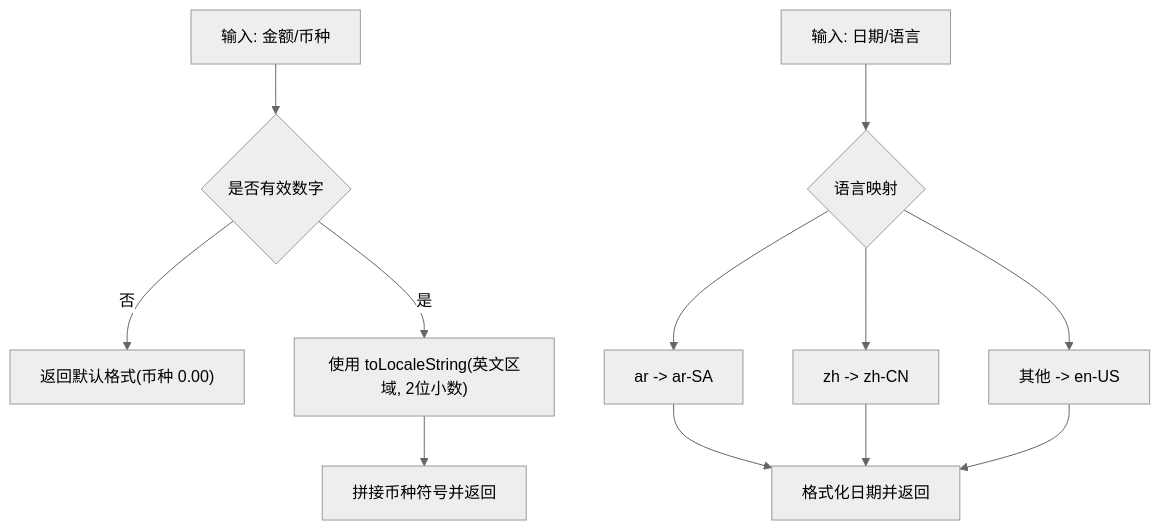
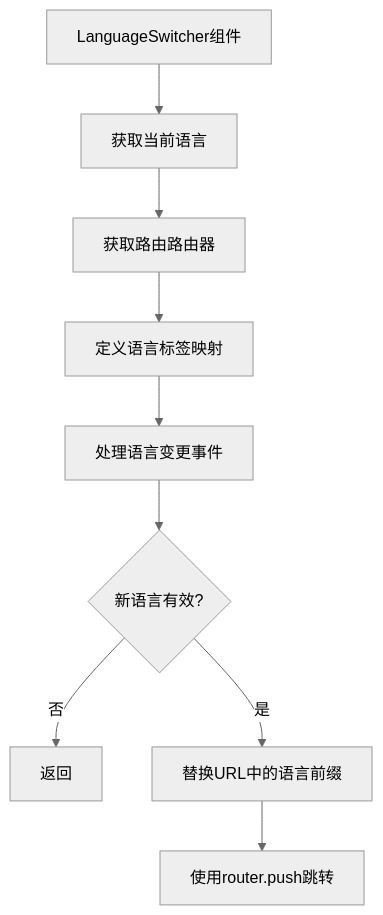
The sixth of 8 diagrams in .qoder/repowiki/zh/content/国际化系统/国际化系统.md (three3638-arch/celestia_2b), drawn with Mermaid (neutral theme) before and after one commit. The commit also changed other lines of this file and 17 other files, not shown here.

````diff
--- a/.qoder/repowiki/zh/content/国际化系统/国际化系统.md
+++ b/.qoder/repowiki/zh/content/国际化系统/国际化系统.md
@@ -149,14 +223,11 @@
 ```mermaid
 flowchart TD
-A["输入: 金额/币种"] --> B{"是否有效数字"}
-B -- 否 --> C["返回默认格式(币种 0.00)"]
-B -- 是 --> D["使用 toLocaleString(英文区域, 2位小数)"]
-D --> E["拼接币种符号并返回"]
-F["输入: 日期/语言"] --> G{"语言映射"}
-G --> H["ar -> ar-SA"]
-G --> I["zh -> zh-CN"]
-G --> J["其他 -> en-US"]
-H --> K["格式化日期并返回"]
-I --> K
-J --> K
+A["LanguageSwitcher组件"] --> B["获取当前语言"]
+B --> C["获取路由路由器"]
+C --> D["定义语言标签映射"]
+D --> E["处理语言变更事件"]
+E --> F{"新语言有效?"}
+F -- 否 --> G["返回"]
+F -- 是 --> H["替换URL中的语言前缀"]
+H --> I["使用router.push跳转"]
 ```
````
